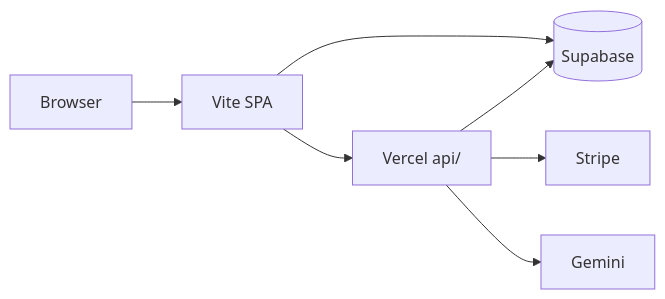
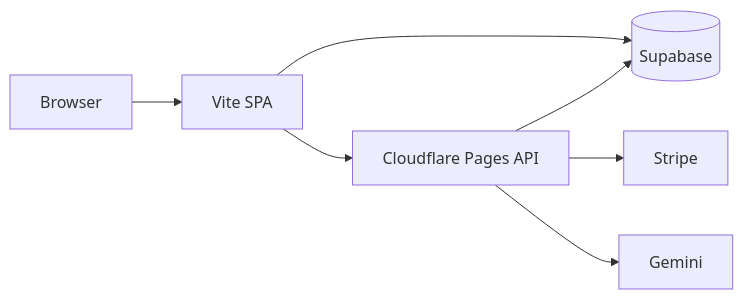
One commit to brysonandtiff-ops/vishvakarma-os changed the diagram in docs/developer/ARCHITECTURE.md. Above: the diagram before and after it, drawn with Mermaid. The commit also changed other lines of this file and 40 other files, not shown here.

````diff
--- a/docs/developer/ARCHITECTURE.md
+++ b/docs/developer/ARCHITECTURE.md
@@ -22,9 +22,9 @@
 ```mermaid
 flowchart LR
   Browser --> SPA[Vite SPA]
   SPA --> Supabase[(Supabase)]
-  SPA --> API[Vercel api/]
+  SPA --> API[Cloudflare Pages API]
   API --> Supabase
   API --> Stripe[Stripe]
   API --> Gemini[Gemini]
 ```
````
